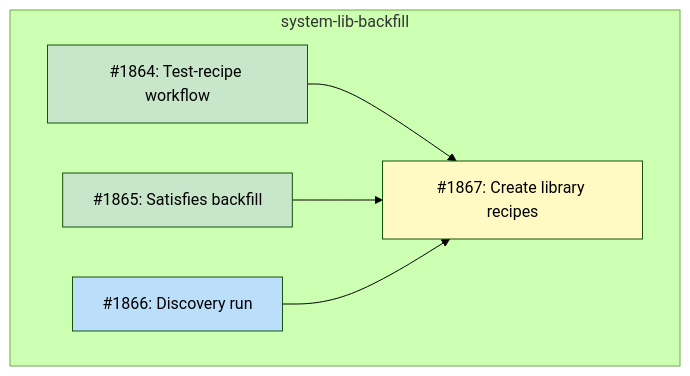
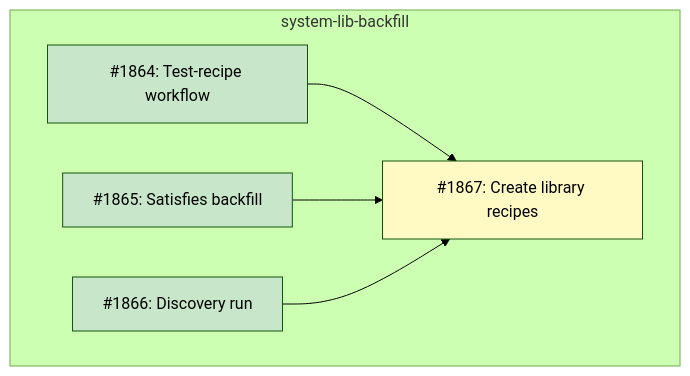
Before and after one commit to tsukumogami/tsuku: the diagram in docs/designs/DESIGN-system-lib-backfill.md, drawn with Mermaid (forest theme). The commit also changed other lines of this file and 1 other file, not shown here.

Commit message:
chore: mark #1866 as done, unblock #1867

````diff
--- a/docs/designs/DESIGN-system-lib-backfill.md
+++ b/docs/designs/DESIGN-system-lib-backfill.md
@@ -59,23 +59,23 @@
 ```mermaid
 graph TD
     subgraph M_SystemLibBackfill["system-lib-backfill"]
         I1864["#1864: Test-recipe workflow"]
         I1865["#1865: Satisfies backfill"]
         I1866["#1866: Discovery run"]
         I1867["#1867: Create library recipes"]
     end
 
     I1864 --> I1867
     I1865 --> I1867
     I1866 --> I1867
 
     classDef done fill:#c8e6c9
     classDef ready fill:#bbdefb
     classDef blocked fill:#fff9c4
     classDef needsDesign fill:#e1bee7
 
     class I1864 done
     class I1865 done
-    class I1866 ready
+    class I1866 done
     class I1867 blocked
 ```
````
